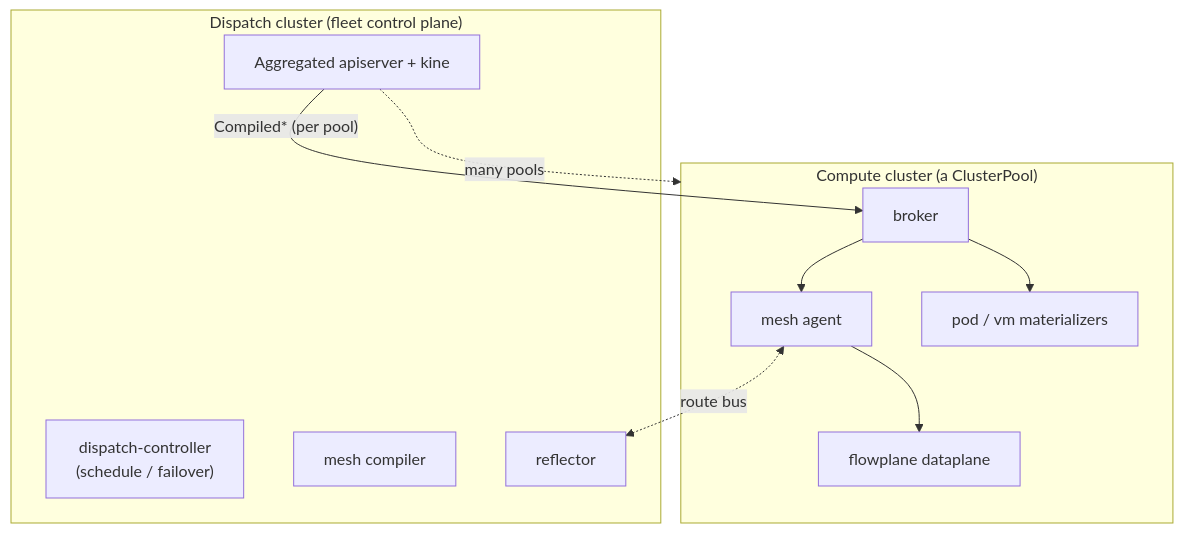
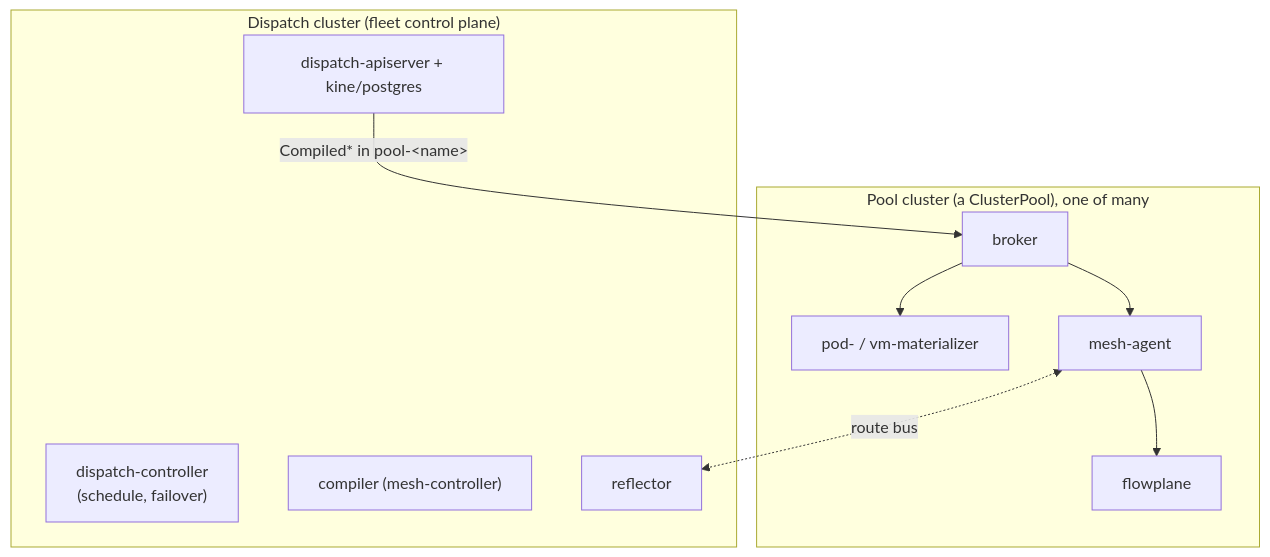
Before and after one commit to trevex/ectobase: the diagram in README.md, drawn with Mermaid. The commit also changed other lines of this file and 57 other files, not shown here.

First line of the commit message:
docs: rework concepts, architecture, networking, operating, reference and contributing

````diff
--- a/README.md
+++ b/README.md
@@ -11,21 +11,20 @@
 ```mermaid
 flowchart TB
   subgraph dispatch["Dispatch cluster (fleet control plane)"]
-    api["Aggregated apiserver + kine"]
-    ctl["dispatch-controller<br/>(schedule / failover)"]
-    cmp["mesh compiler"]
+    api["dispatch-apiserver + kine/postgres"]
+    ctl["dispatch-controller<br/>(schedule, failover)"]
+    cmp["compiler (mesh-controller)"]
     rfl["reflector"]
   end
-  subgraph pool["Compute cluster (a ClusterPool)"]
+  subgraph pool["Pool cluster (a ClusterPool), one of many"]
     brk["broker"]
-    agt["mesh agent"]
-    mat["pod / vm materializers"]
-    dp["flowplane dataplane"]
+    mat["pod- / vm-materializer"]
+    agt["mesh-agent"]
+    dp["flowplane"]
   end
-  api -- "Compiled* (per pool)" --> brk
+  api -- "Compiled* in pool-&lt;name&gt;" --> brk
   brk --> mat
   brk --> agt
   agt --> dp
   agt <-. "route bus" .-> rfl
-  api -. "many pools" .-> pool
 ```
````
